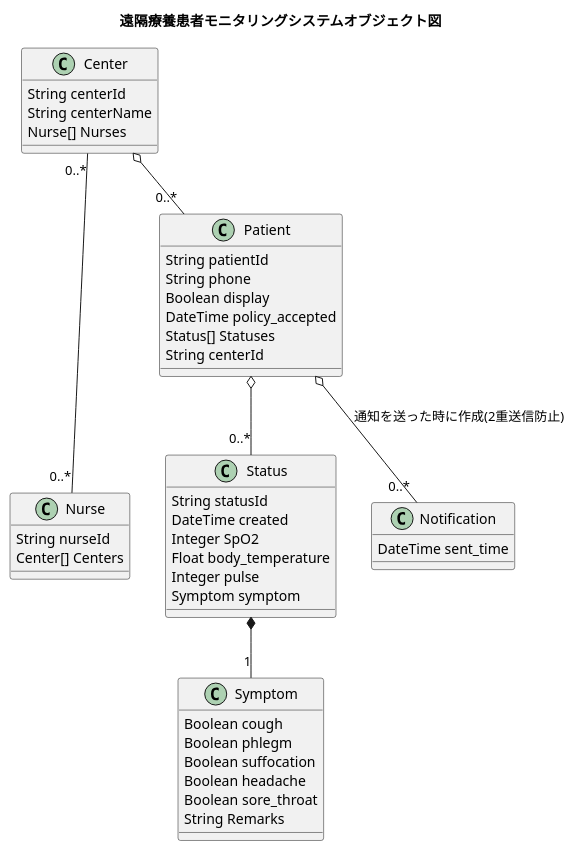
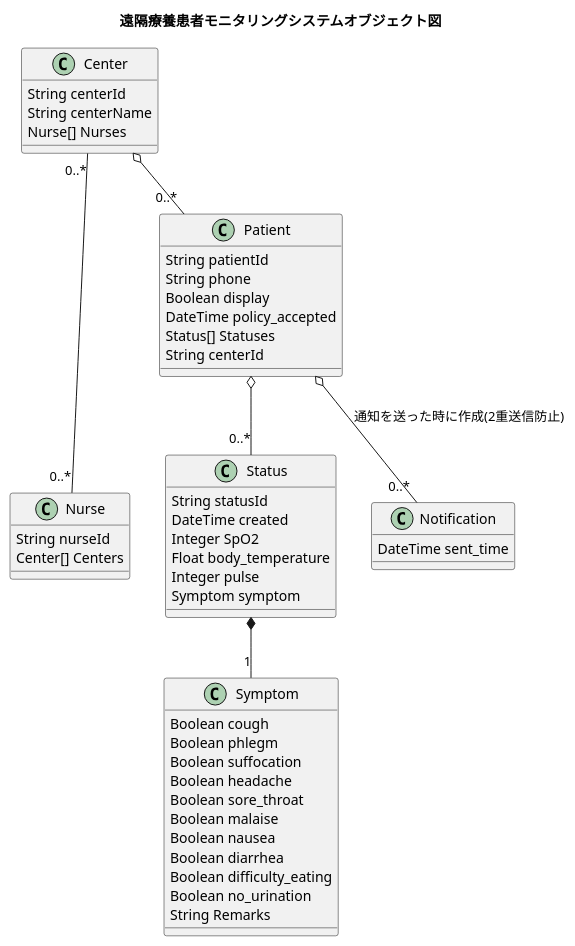
The diagram in docs/uml/CLASSES.md (codeforjapan/remote-patient-monitoring-api), drawn with PlantUML before and after one commit. The commit also changed 8 other files, not shown here.

````diff
--- a/docs/uml/CLASSES.md
+++ b/docs/uml/CLASSES.md
@@ -7,54 +7,59 @@
 ```uml
 @startuml RemotePatientMonitoring
 title 遠隔療養患者モニタリングシステムオブジェクト図
 skinparam backgroundColor white
 
 Center "0..*" --- "0..*" Nurse
 Center o-- "0..*" Patient
 Patient o-- "0..*" Status
 Status *-- "1" Symptom
 Patient o-- "0..*" Notification :通知を送った時に作成(2重送信防止)
 
 class Center {
     String centerId
     String centerName
     Nurse[] Nurses
 }
 
 class Nurse {
     String nurseId
     Center[] Centers
 }
 
 class Patient {
     String patientId
     String phone
     Boolean display
     DateTime policy_accepted
     Status[] Statuses
     String centerId
 }
 
 class Status {
     String statusId
     DateTime created
     Integer SpO2
     Float body_temperature
     Integer pulse
     Symptom symptom
 }
 
 class Symptom {
     Boolean cough
     Boolean phlegm
     Boolean suffocation
     Boolean headache
     Boolean sore_throat
+    Boolean malaise
+    Boolean nausea
+    Boolean diarrhea
+    Boolean difficulty_eating
+    Boolean no_urination
     String Remarks
 }
 
 class Notification {
     DateTime sent_time
 }
 @enduml
 ```
````
